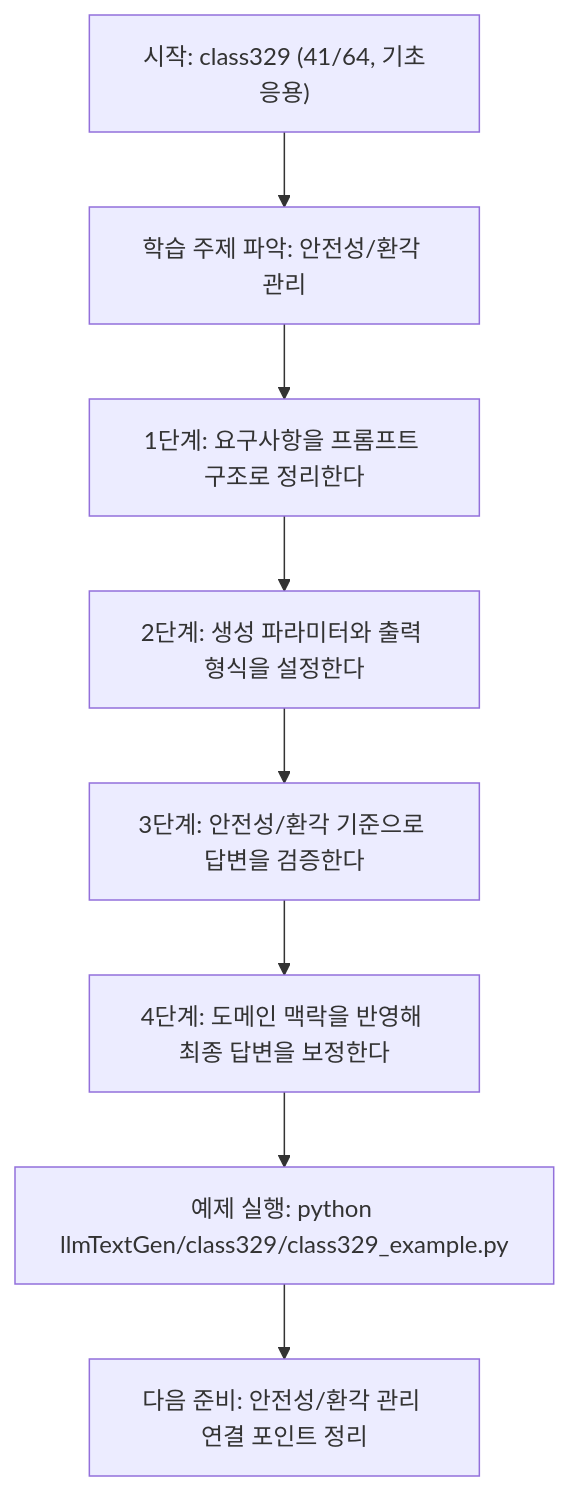
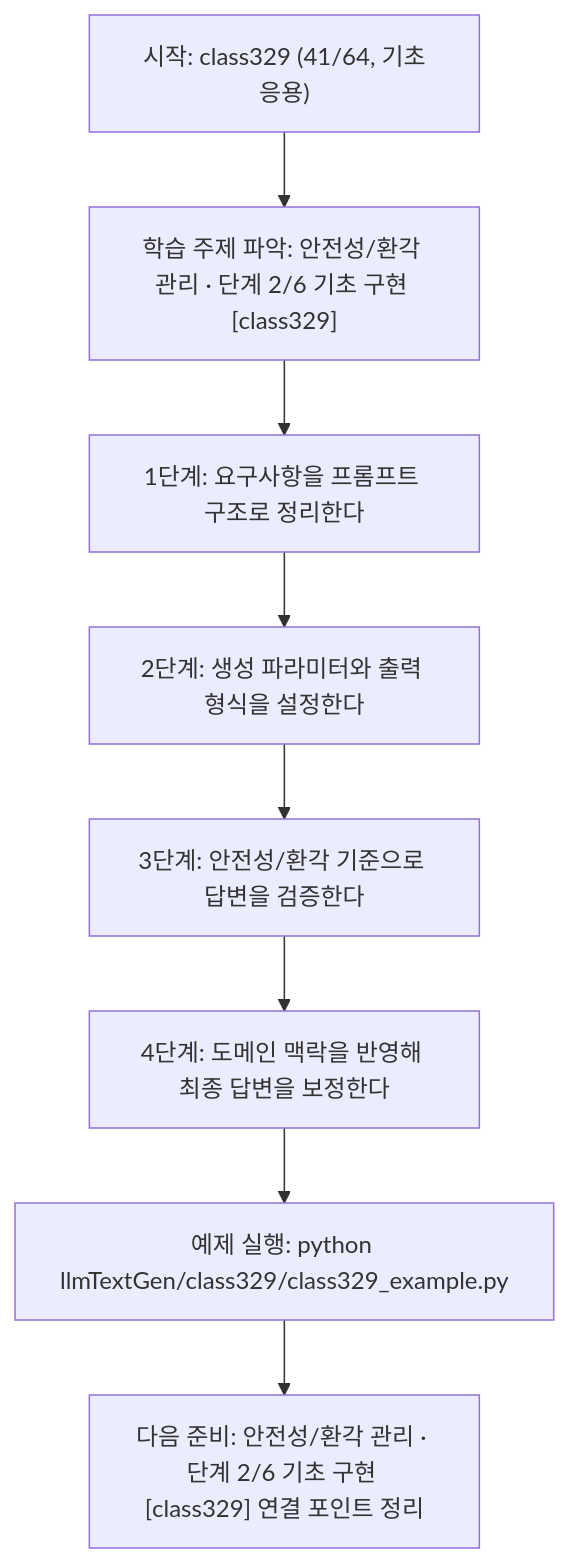
The diagram in llmTextGen/class329/class329.md (edumgt/Python-AI_Agent-Class), drawn with Mermaid before and after one commit. The commit also changed other lines of this file and 522 other files, not shown here.

````diff
--- a/llmTextGen/class329/class329.md
+++ b/llmTextGen/class329/class329.md
@@ -113,18 +114,18 @@
 ```mermaid
 flowchart TD
 N1["시작: class329 (41/64, 기초응용)"]
-N2["학습 주제 파악: 안전성/환각 관리"]
+N2["학습 주제 파악: 안전성/환각 관리 · 단계 2/6 기초 구현 [class329]"]
 N3["1단계: 요구사항을 프롬프트 구조로 정리한다"]
 N4["2단계: 생성 파라미터와 출력 형식을 설정한다"]
 N5["3단계: 안전성/환각 기준으로 답변을 검증한다"]
 N6["4단계: 도메인 맥락을 반영해 최종 답변을 보정한다"]
 N7["예제 실행: python llmTextGen/class329/class329_example.py"]
-N8["다음 준비: 안전성/환각 관리 연결 포인트 정리"]
+N8["다음 준비: 안전성/환각 관리 · 단계 2/6 기초 구현 [class329] 연결 포인트 정리"]
 N1 --> N2
 N2 --> N3
 N3 --> N4
 N4 --> N5
 N5 --> N6
 N6 --> N7
 N7 --> N8
 ```
````
